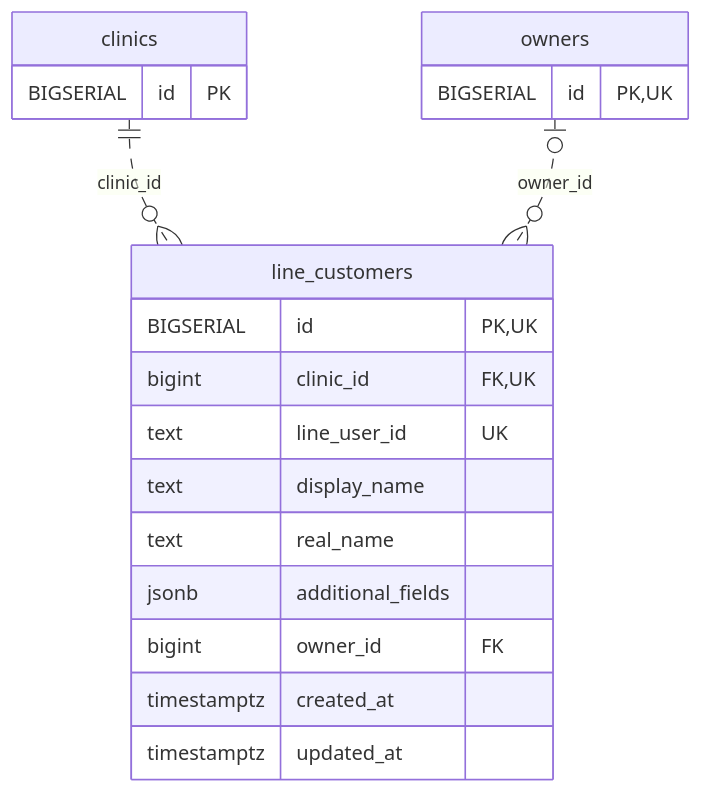
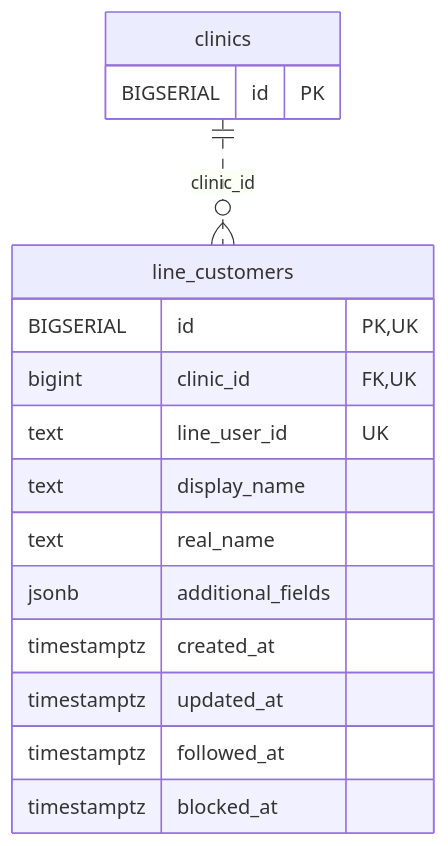
One commit to MinoruSoga/AnimalEkarte changed the diagram in docs/architecture/erd-detail/line_customers.md. Above: the diagram before and after it, drawn with Mermaid. The commit also changed other lines of this file and 147 other files, not shown here.

````diff
--- a/docs/architecture/erd-detail/line_customers.md
+++ b/docs/architecture/erd-detail/line_customers.md
@@ -32,22 +33,19 @@
 ```mermaid
 erDiagram
     line_customers {
         BIGSERIAL id PK,UK
         bigint clinic_id FK,UK
         text line_user_id UK
         text display_name
         text real_name
         jsonb additional_fields
-        bigint owner_id FK
         timestamptz created_at
         timestamptz updated_at
+        timestamptz followed_at
+        timestamptz blocked_at
     }
     clinics {
         BIGSERIAL id PK
     }
-    owners {
-        BIGSERIAL id PK,UK
-    }
     clinics ||..o{ line_customers : "clinic_id"
-    owners o|..o{ line_customers : "owner_id"
 ```
````
